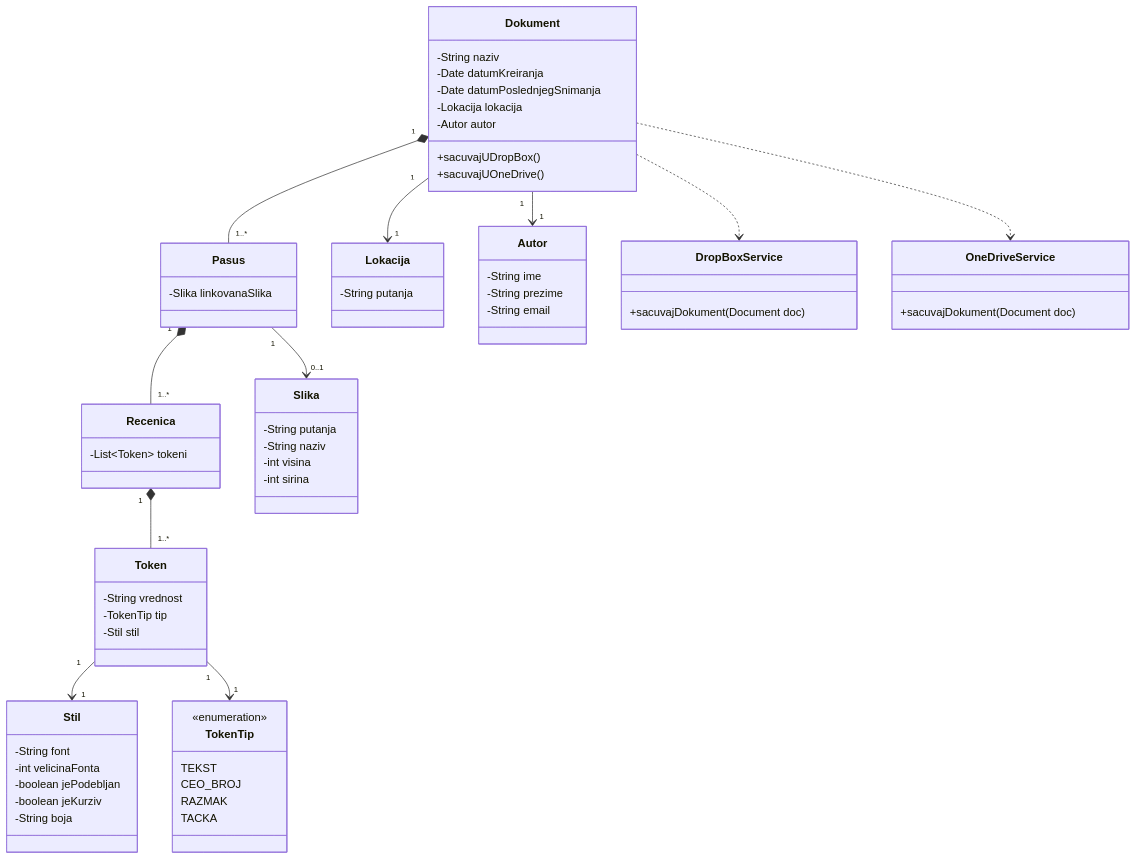
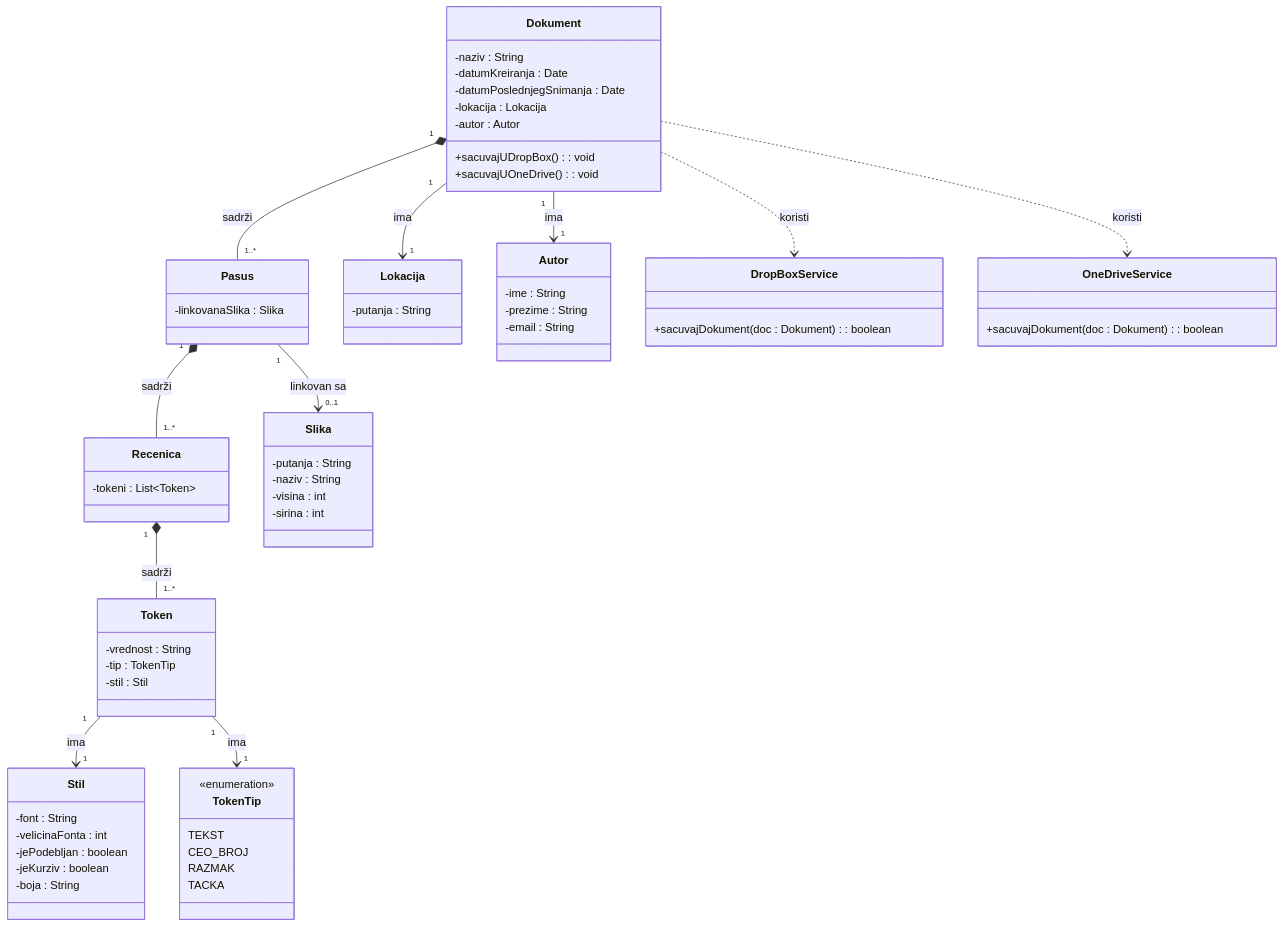
One commit to lazarevicOgnjen/II-godina changed the diagram in oopj/UML/januar-2024.md. Above: the diagram before and after it, drawn with Mermaid.

````diff
--- a/oopj/UML/januar-2024.md
+++ b/oopj/UML/januar-2024.md
@@ -3,35 +3,35 @@
 ```mermaid
 classDiagram
     class Dokument {
-        -String naziv
-        -Date datumKreiranja
-        -Date datumPoslednjegSnimanja
-        -Lokacija lokacija
-        -Autor autor
-        +sacuvajUDropBox()
-        +sacuvajUOneDrive()
+        -naziv : String
+        -datumKreiranja : Date
+        -datumPoslednjegSnimanja : Date
+        -lokacija : Lokacija
+        -autor : Autor
+        +sacuvajUDropBox() : void
+        +sacuvajUOneDrive() : void
     }
 
     class Pasus {
-        -Slika linkovanaSlika
+        -linkovanaSlika : Slika
     }
 
     class Recenica {
-        -List~Token~ tokeni
+        -tokeni : List~Token~
     }
 
     class Token {
-        -String vrednost
-        -TokenTip tip
-        -Stil stil
+        -vrednost : String
+        -tip : TokenTip
+        -stil : Stil
     }
 
     class Stil {
-        -String font
-        -int velicinaFonta
-        -boolean jePodebljan
-        -boolean jeKurziv
-        -String boja
+        -font : String
+        -velicinaFonta : int
+        -jePodebljan : boolean
+        -jeKurziv : boolean
+        -boja : String
     }
 
     class TokenTip {
@@ -43,38 +43,43 @@
     }
 
     class Slika {
-        -String putanja
-        -String naziv
-        -int visina
-        -int sirina
+        -putanja : String
+        -naziv : String
+        -visina : int
+        -sirina : int
     }
 
     class Lokacija {
-        -String putanja
+        -putanja : String
     }
 
     class Autor {
-        -String ime
-        -String prezime
-        -String email
+        -ime : String
+        -prezime : String
+        -email : String
     }
 
     class DropBoxService {
-        +sacuvajDokument(Document doc)
+        +sacuvajDokument(doc : Dokument) : boolean
     }
 
     class OneDriveService {
-        +sacuvajDokument(Document doc)
+        +sacuvajDokument(doc : Dokument) : boolean
     }
 
-    Dokument "1" *-- "1..*" Pasus
-    Pasus "1" *-- "1..*" Recenica
-    Recenica "1" *-- "1..*" Token
-    Token "1" --> "1" Stil
-    Token "1" --> "1" TokenTip
-    Pasus "1" --> "0..1" Slika
-    Dokument "1" --> "1" Lokacija
-    Dokument "1" --> "1" Autor
-    Dokument ..> DropBoxService
-    Dokument ..> OneDriveService
+    %% KOMPOZICIJA - jaki odnosi
+    Dokument "1" *-- "1..*" Pasus : sadrži
+    Pasus "1" *-- "1..*" Recenica : sadrži
+    Recenica "1" *-- "1..*" Token : sadrži
+
+    %% ASOCIJACIJE - obični odnosi
+    Token "1" --> "1" Stil : ima
+    Token "1" --> "1" TokenTip : ima
+    Pasus "1" --> "0..1" Slika : linkovan sa
+    Dokument "1" --> "1" Lokacija : ima
+    Dokument "1" --> "1" Autor : ima
+
+    %% ZAVISNOSTI - koristi servise
+    Dokument ..> DropBoxService : koristi
+    Dokument ..> OneDriveService : koristi
 ```
````
